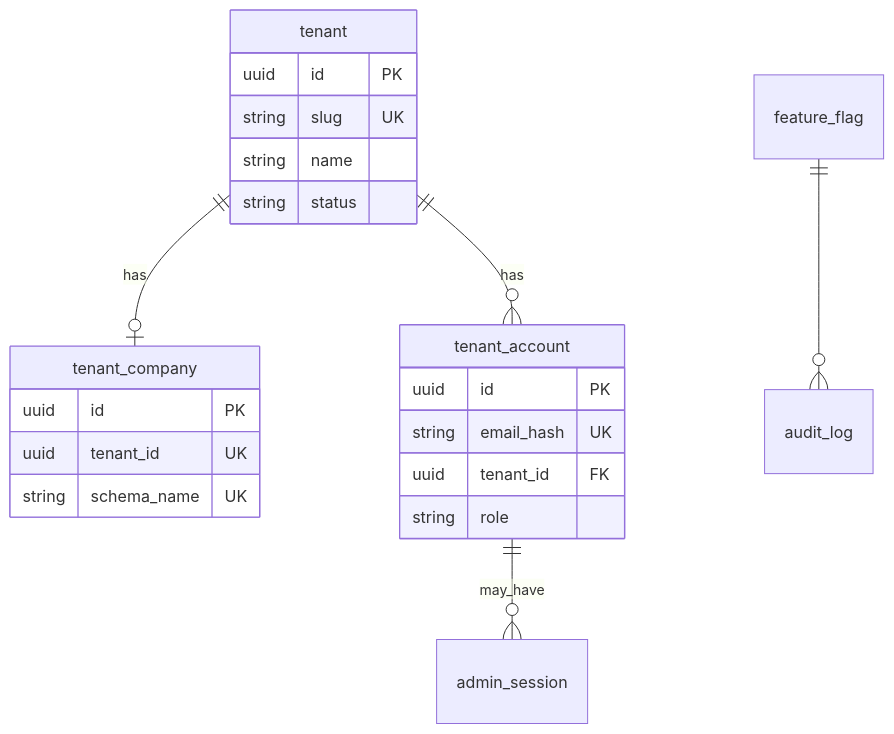
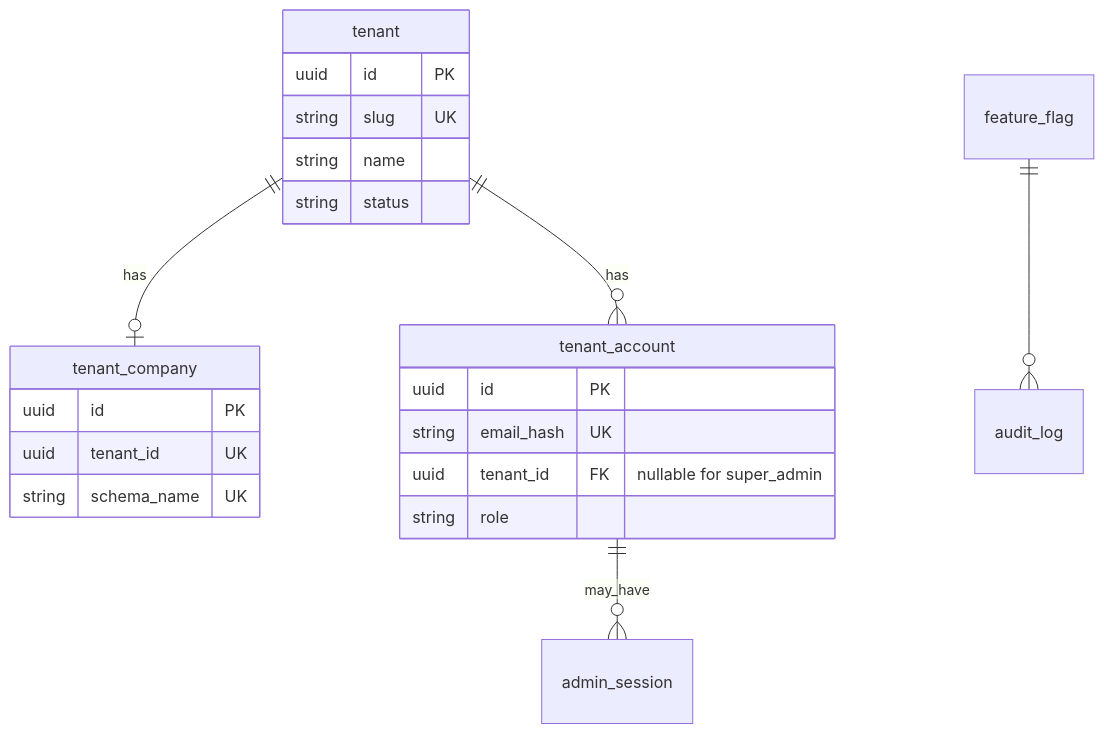
One commit to vwijaya03/wabantu-api-go changed the fifth of 9 diagrams in DEVELOPER_DOCUMENTATION.md. Above: the diagram before and after it, drawn with Mermaid. The commit also changed other lines of this file and 21 other files, not shown here.

````diff
--- a/DEVELOPER_DOCUMENTATION.md
+++ b/DEVELOPER_DOCUMENTATION.md
@@ -531,24 +552,24 @@
 ```mermaid
 erDiagram
   tenant ||--o| tenant_company : has
   tenant ||--o{ tenant_account : has
   tenant_account ||--o{ admin_session : may_have
   feature_flag ||--o{ audit_log : ""
   tenant {
     uuid id PK
     string slug UK
     string name
     string status
   }
   tenant_company {
     uuid id PK
     uuid tenant_id UK
     string schema_name UK
   }
   tenant_account {
     uuid id PK
     string email_hash UK
-    uuid tenant_id FK
+    uuid tenant_id FK "nullable for super_admin"
     string role
   }
 ```
````
